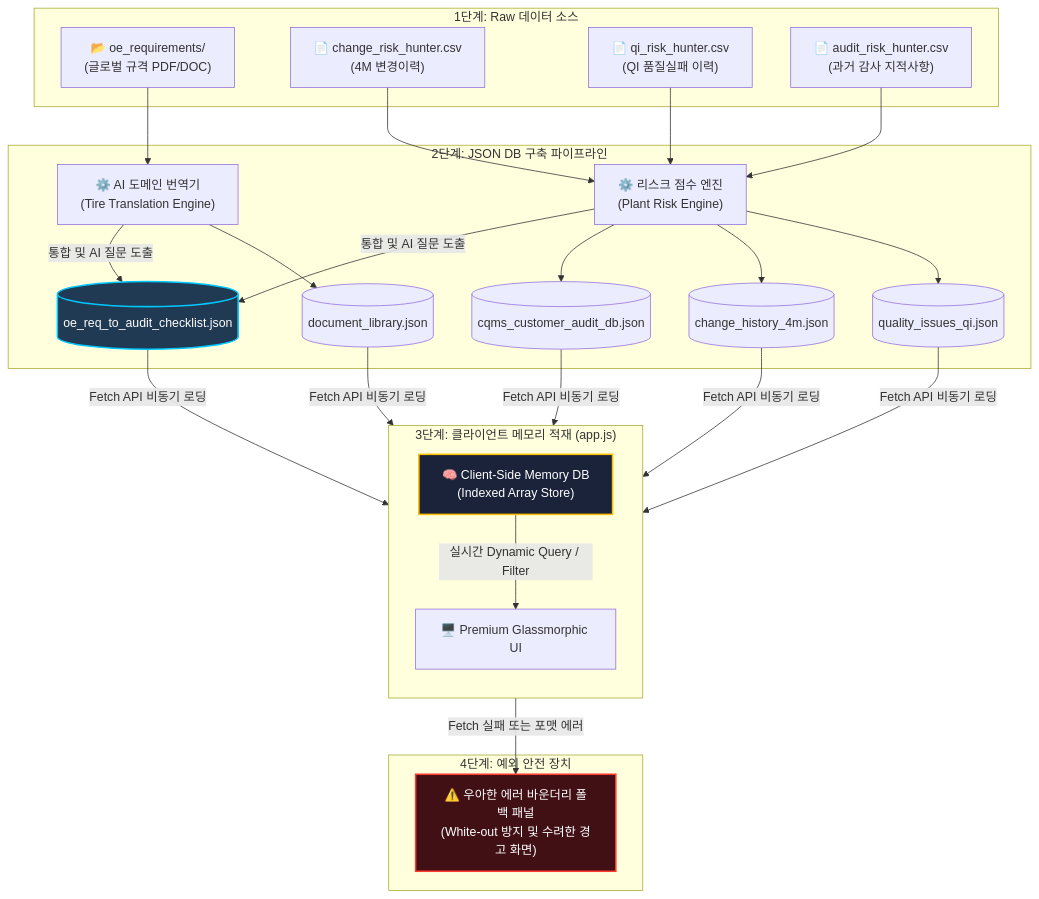
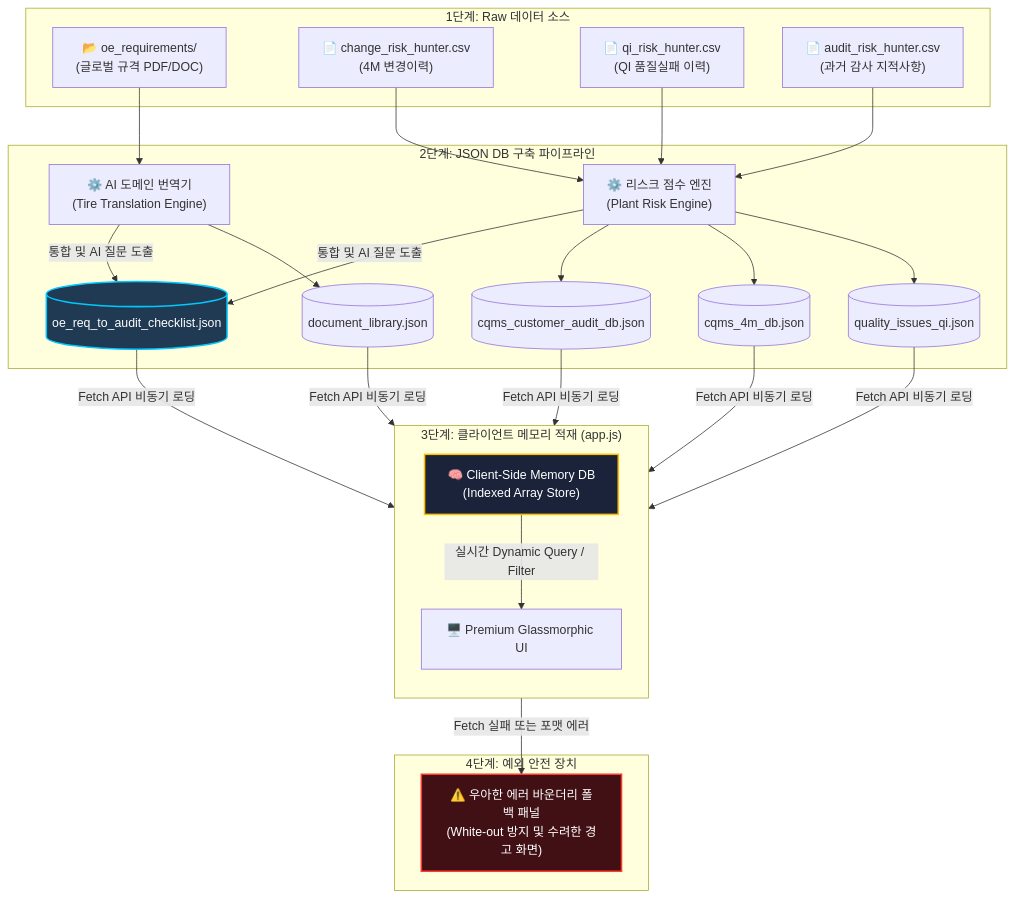
The diagram in context/18_resource_json_database_transition_spec.md (jumasi-34/RiskHunter), drawn with Mermaid before and after one commit. The commit also changed other lines of this file and 7 other files, not shown here.

Commit message:
refactor: rename change_history_4m.json to cqms_4m_db.json and update all related references and documents

````diff
--- a/context/18_resource_json_database_transition_spec.md
+++ b/context/18_resource_json_database_transition_spec.md
@@ -24,38 +24,38 @@
 ```mermaid
 flowchart TD
     subgraph Raw_Sources ["1단계: Raw 데이터 소스"]
         A1["📂 oe_requirements/<br>(글로벌 규격 PDF/DOC)"]
         A2["📄 change_risk_hunter.csv<br>(4M 변경이력)"]
         A3["📄 qi_risk_hunter.csv<br>(QI 품질실패 이력)"]
         A4["📄 audit_risk_hunter.csv<br>(과거 감사 지적사항)"]
     end
 
     subgraph ETL_Pipeline ["2단계: JSON DB 구축 파이프라인"]
         B1["⚙️ AI 도메인 번역기<br>(Tire Translation Engine)"]
         B2["⚙️ 리스크 점수 엔진<br>(Plant Risk Engine)"]
         
         A1 --> B1
         A2 & A3 & A4 --> B2
         
         B1 --> C1[("document_library.json")]
         B2 --> C2[("quality_issues_qi.json")]
-        B2 --> C3[("change_history_4m.json")]
+        B2 --> C3[("cqms_4m_db.json")]
         B2 --> C4[("cqms_customer_audit_db.json")]
         
         B1 & B2 -->|통합 및 AI 질문 도출| C5[("oe_req_to_audit_checklist.json")]
     end
 
     subgraph Client_Runtime ["3단계: 클라이언트 메모리 적재 (app.js)"]
         direction TB
         C1 & C2 & C3 & C4 & C5 -->|Fetch API 비동기 로딩| ME["🧠 Client-Side Memory DB<br>(Indexed Array Store)"]
         ME -->|실시간 Dynamic Query / Filter| UI["🖥️ Premium Glassmorphic UI"]
     end
 
     subgraph Error_Boundary ["4단계: 예외 안전 장치"]
         UI -->|Fetch 실패 또는 포맷 에러| FE["⚠️ 우아한 에러 바운더리 폴백 패널<br>(White-out 방지 및 수려한 경고 화면)"]
     end
 
     style C5 fill:#1f3a52,stroke:#00c8ff,stroke-width:2px,color:#fff
     style ME fill:#1a233a,stroke:#ffbf00,stroke-width:2px,color:#fff
     style FE fill:#401015,stroke:#ff3b30,stroke-width:2px,color:#fff
 ```
````
